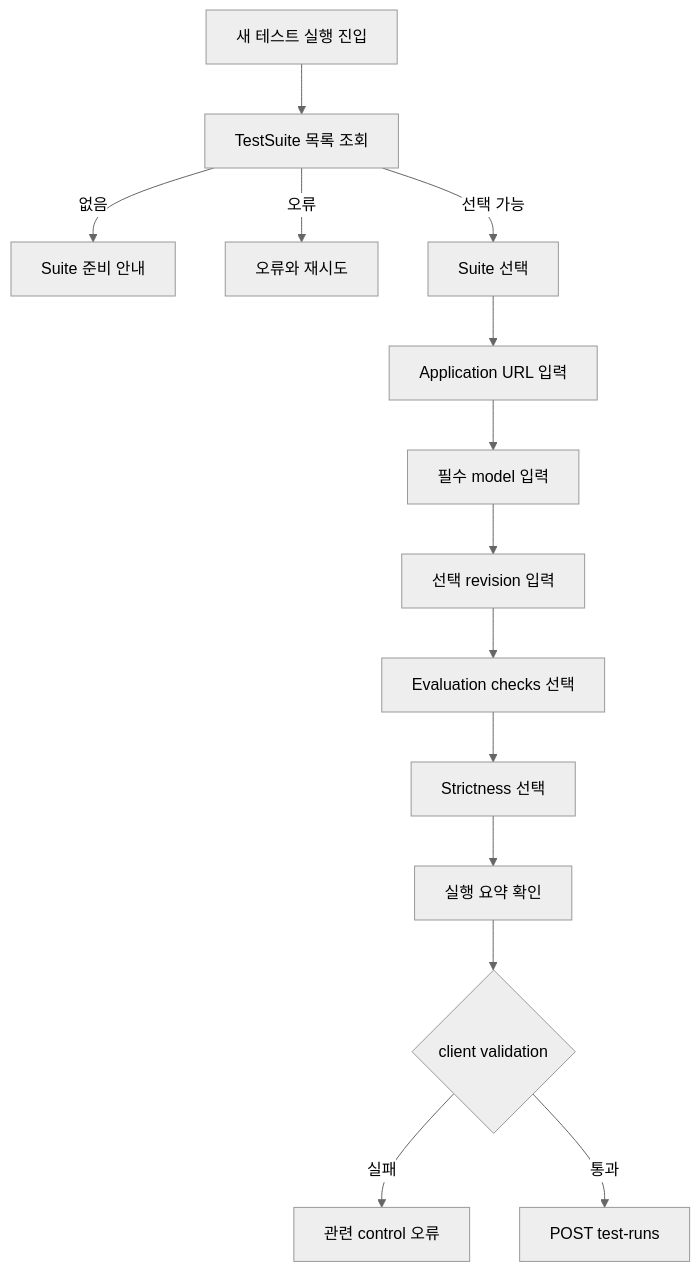
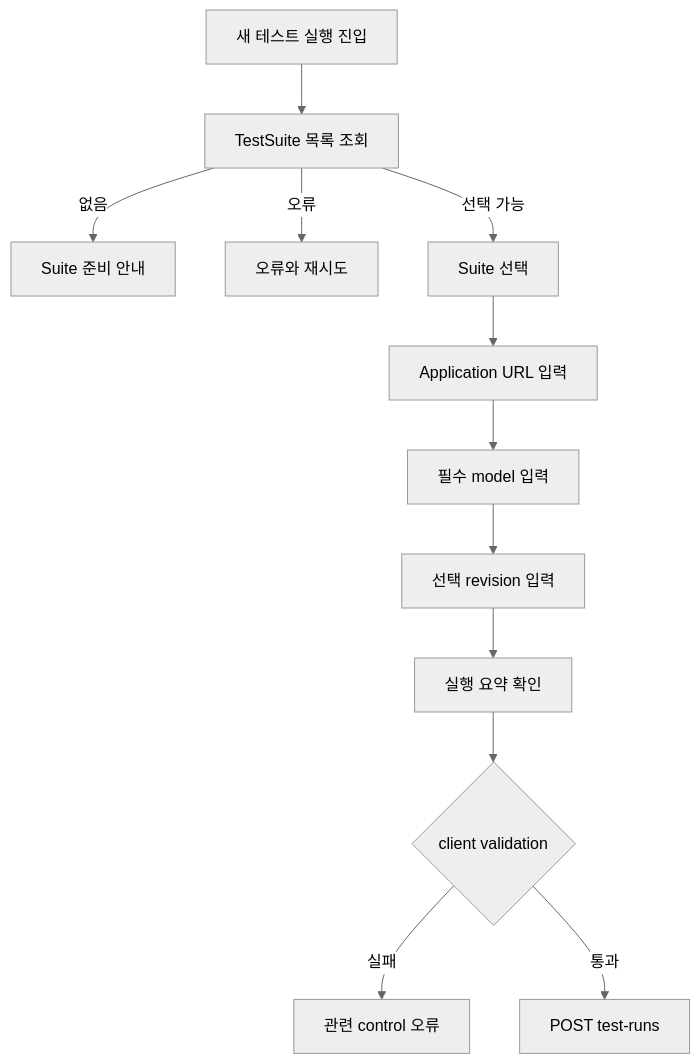
The third of 6 diagrams in docs/product/user-flows.md (GuardBench/guardbench-frontend), drawn with Mermaid (neutral theme) before and after one commit. The commit also changed other lines of this file and 7 other files, not shown here.

````diff
--- a/docs/product/user-flows.md
+++ b/docs/product/user-flows.md
@@ -112,16 +112,14 @@
 ```mermaid
 flowchart TD
     A[새 테스트 실행 진입] --> B[TestSuite 목록 조회]
     B -->|없음| C[Suite 준비 안내]
     B -->|오류| D[오류와 재시도]
     B -->|선택 가능| E[Suite 선택]
     E --> F[Application URL 입력]
     F --> G[필수 model 입력]
     G --> H[선택 revision 입력]
-    H --> I[Evaluation checks 선택]
-    I --> J[Strictness 선택]
-    J --> K[실행 요약 확인]
+    H --> K[실행 요약 확인]
     K --> L{client validation}
     L -->|실패| M[관련 control 오류]
     L -->|통과| N[POST test-runs]
 ```
````
